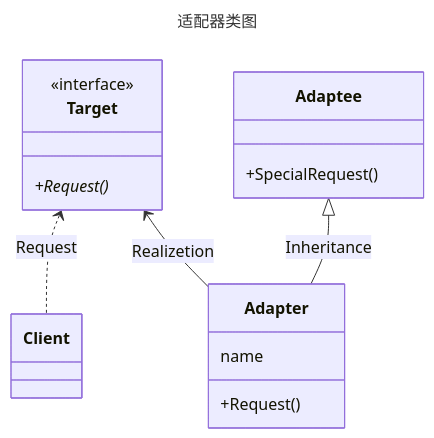
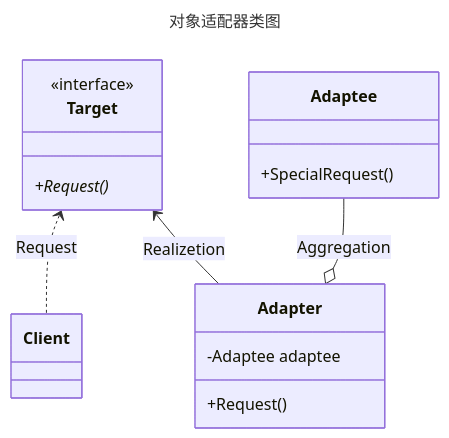
Before and after one commit to AbleASD/design-pattern: the fifth of 7 diagrams in README.md, drawn with Mermaid. The commit also changed other lines of this file and 218 other files, not shown here.

````diff
--- a/README.md
+++ b/README.md
@@ -425,26 +491,25 @@
 ```mermaid
 ---
-title: 适配器类图
+title: 对象适配器类图
 ---
 classDiagram
 
 Target <.. Client: Request
 Target <-- Adapter: Realizetion
-Adaptee <|-- Adapter: Inheritance
-end
+Adaptee --o Adapter: Aggregation
 class Target {
     <<interface>>
     +Request()*
 }
 class Adaptee {
     +SpecialRequest()
 }
 class Adapter{
-    name
+    -Adaptee adaptee
     +Request()
 }
 
 %% note for Target "This is a note for a class" %%
 %% callback Adaptee "callbackFunction" "Tooltip"
-click Adapter call callbackFun() "实现的 Request() 中调用的是 Adapter.SpecialRequest()"
+click Adapter call callbackFunction() "实现的 Request() 中调用的是 adaptee.SpecialRequest()"
 ```
````
